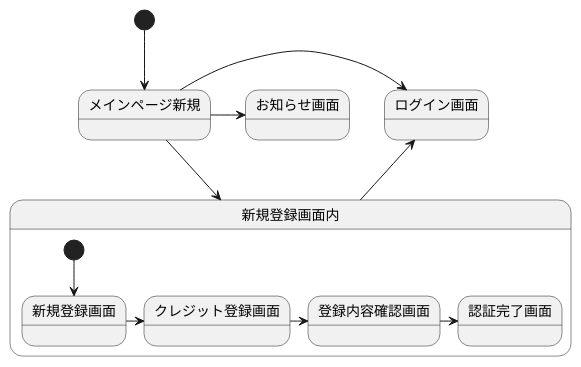
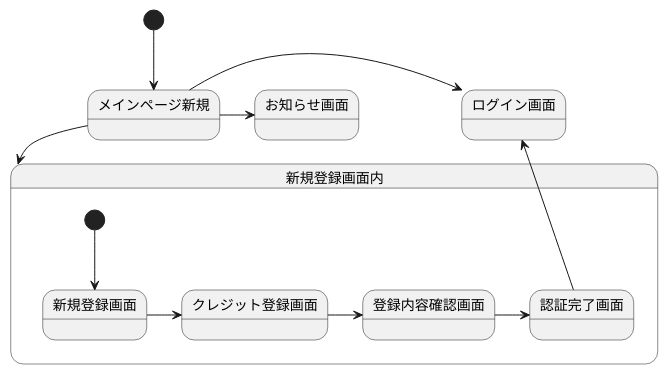
Before and after one commit to Aso2001147/2021SystemDesign: the diagram in 画面遷移図.md, drawn with PlantUML.

````diff
--- a/画面遷移図.md
+++ b/画面遷移図.md
@@ -1,18 +1,19 @@
 ```uml
 @startuml
 [*] --> メインページ新規
 メインページ新規 -> お知らせ画面
 メインページ新規 -> ログイン画面
 メインページ新規 --> 新規登録画面内
 
 state 新規登録画面内{
 [*] --> 新規登録画面
 新規登録画面 -> クレジット登録画面
 クレジット登録画面 -> 登録内容確認画面
 登録内容確認画面 -> 認証完了画面
+認証完了画面 -up-> ログイン画面
 }
-新規登録画面内 -up-> ログイン画面 
+
 
 
 @enduml
 ```
````
